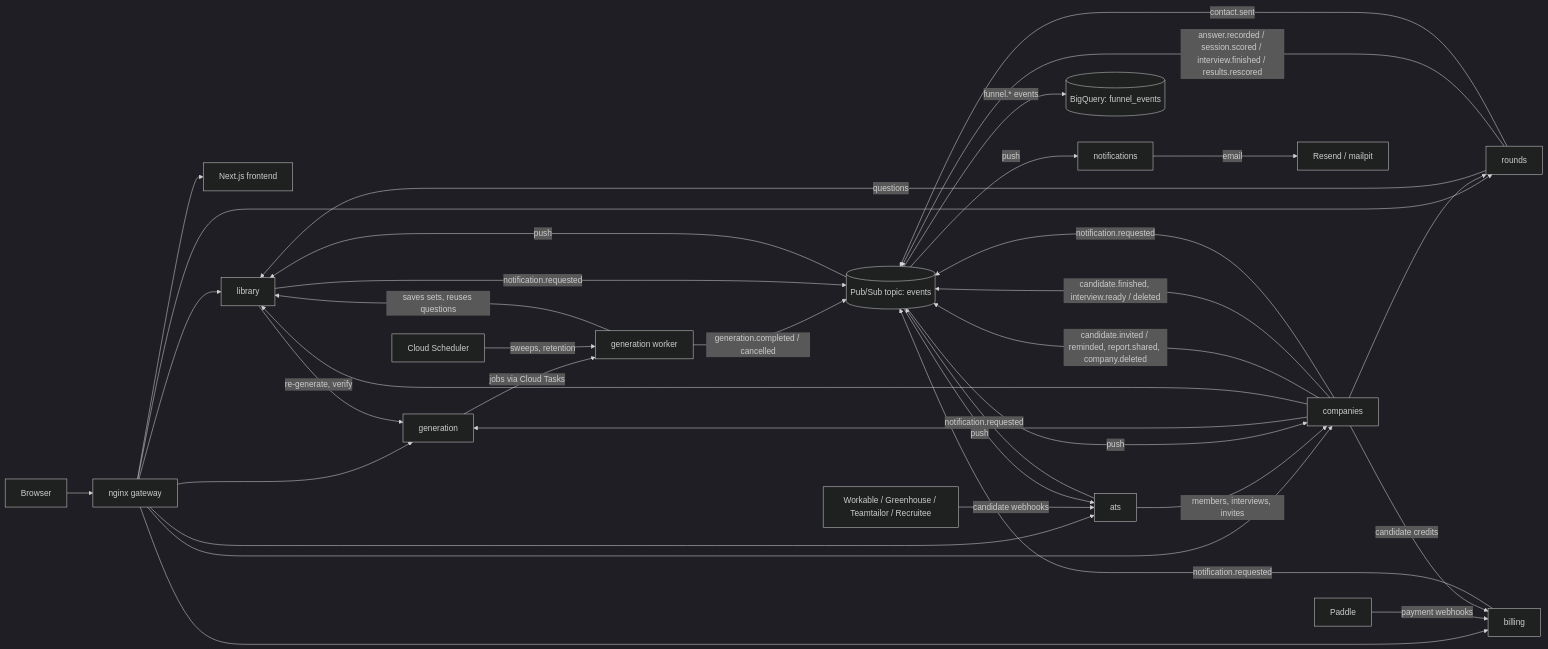
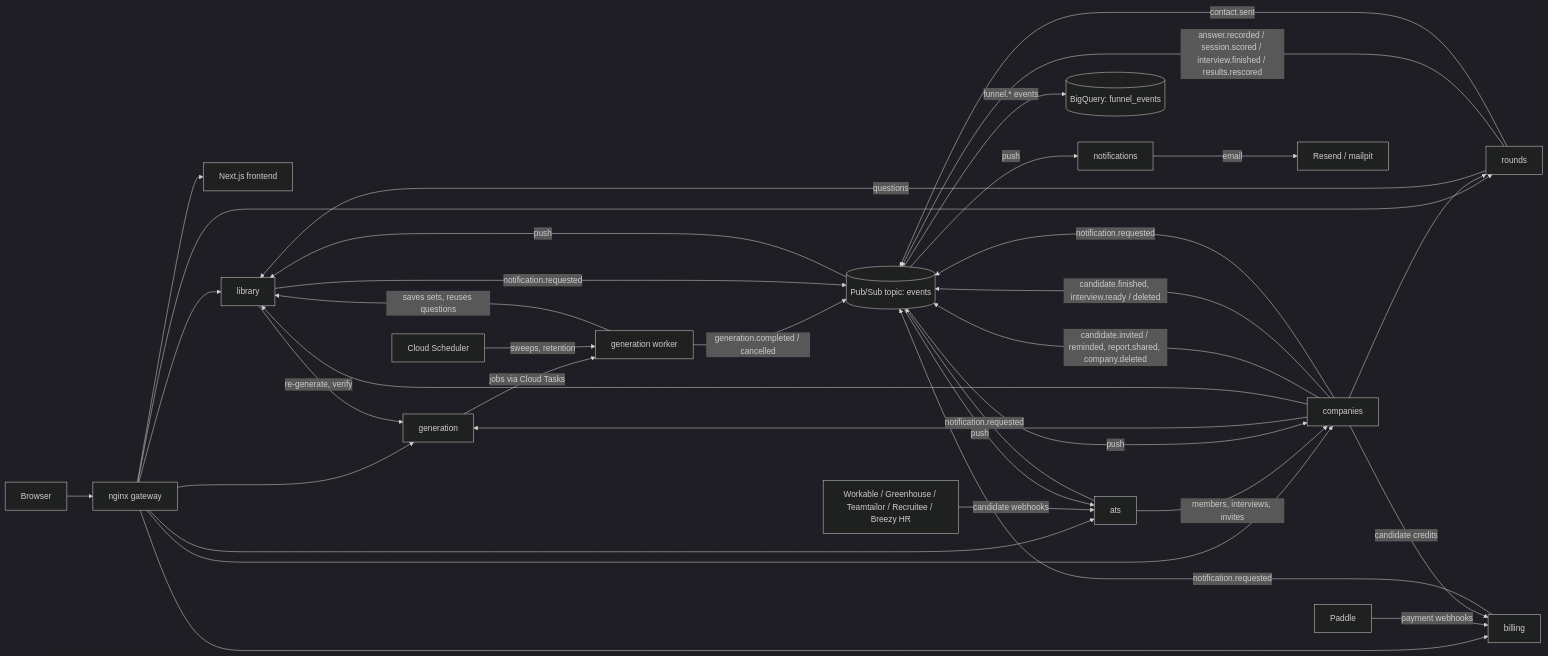
One commit to Vilsky-Viktor/ai-interview-prep-platform changed the diagram in docs/architecture.md. Above: the diagram before and after it, drawn with Mermaid (dark theme). The commit also changed other lines of this file and 3 other files, not shown here.

````diff
--- a/docs/architecture.md
+++ b/docs/architecture.md
@@ -14,36 +14,36 @@
 ```mermaid
 flowchart LR
     browser[Browser] --> gateway[nginx gateway]
     gateway --> frontend[Next.js frontend]
     gateway --> library
     gateway --> generation
     gateway --> rounds
     gateway --> companies
     gateway --> billing
     gateway --> ats
     paddle[Paddle] -- payment webhooks --> billing
-    atss[Workable / Greenhouse / Teamtailor / Recruitee] -- candidate webhooks --> ats
+    atss[Workable / Greenhouse / Teamtailor / Recruitee / Breezy HR] -- candidate webhooks --> ats
 
     generation -- jobs via Cloud Tasks --> worker[generation worker]
     scheduler[Cloud Scheduler] -- sweeps, retention --> worker
     worker -- saves sets, reuses questions --> library
     library -- re-generate, verify --> generation
     rounds -- questions --> library
     companies --> generation
     companies --> library
     companies --> rounds
     companies -- candidate credits --> billing
     ats -- members, interviews, invites --> companies
 
     rounds -- answer.recorded / session.scored / interview.finished / results.rescored --> pubsub[(Pub/Sub topic: events)]
     worker -- generation.completed / cancelled --> pubsub
     companies -- candidate.invited / reminded, report.shared, company.deleted --> pubsub
     companies -- candidate.finished, interview.ready / deleted --> pubsub
     rounds -- contact.sent --> pubsub
     library & companies & billing & ats -- notification.requested --> pubsub
     pubsub -- push --> library
     pubsub -- push --> companies
     pubsub -- push --> ats
     pubsub -- push --> notifications -- email --> smtp[Resend / mailpit]
     pubsub -- funnel.* events --> bigquery[(BigQuery: funnel_events)]
 ```
````
